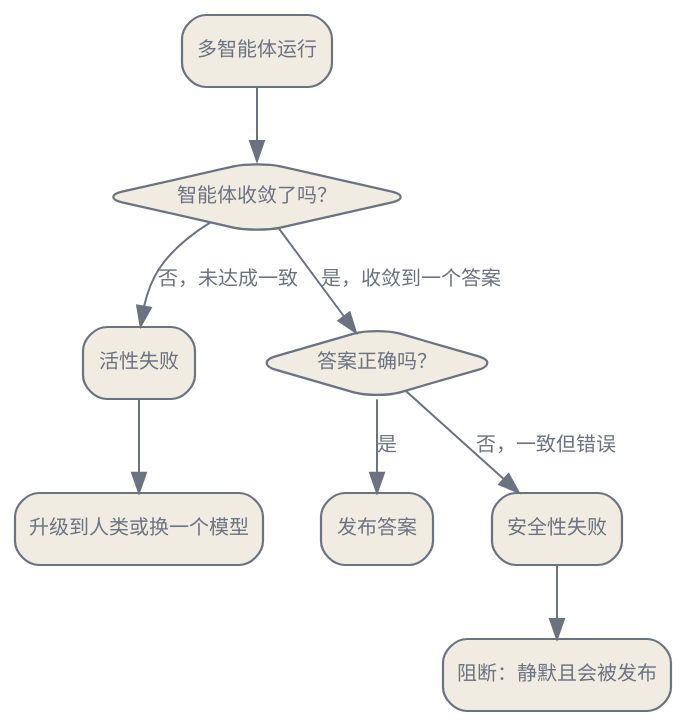
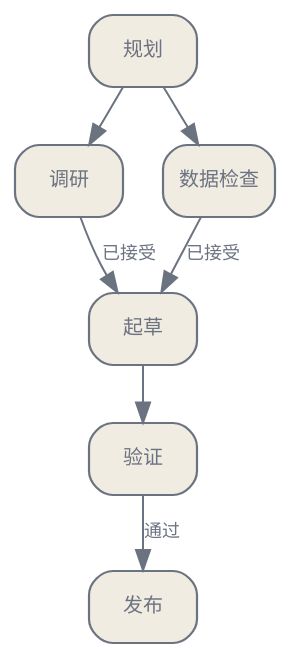
The diagram in zh/orchestration/07-multi-agent-systems.qmd (latere-ai/ai-as-an-infrastructure), drawn with Graphviz before and after one commit. The commit also changed other lines of this file and 2 other files, not shown here.

Commit message:
docs: rewrite Chinese multi-agent systems chapter

````diff
--- a/zh/orchestration/07-multi-agent-systems.qmd
+++ b/zh/orchestration/07-multi-agent-systems.qmd
@@ -129,26 +55,21 @@
 ```{dot}
-//| label: fig-multi-agent-liveness-safety
-//| fig-cap: "把活性与安全性分开。活性失败，即智能体无法收敛，是吵闹且可恢复的，系统会把它升级。安全性失败，即智能体收敛到错误答案，是静默的，除非被阻断否则会发布出去。把两者合并为一个准确率会优化错误的轴。"
+//| label: fig-multi-agent-task-graph
+//| fig-cap: "任务图能够显式呈现真正可并行的工作和结果接受边界。调研与数据检查可以同时进行；起草阶段汇合两者已经接受的工件；验证通过后才能发布。"
 digraph {
   bgcolor="transparent";
   rankdir=TB;
-  nodesep=0.4; ranksep=0.5;
+  nodesep=0.28; ranksep=0.38;
   node [shape=box, style="rounded,filled", fontname="Helvetica", fontsize=10, color="#6b7280", fontcolor="#6b7280", fillcolor="#f1ece1", penwidth=1.1];
-  edge [fontsize=10, fontname="Helvetica", color="#6b7280", fontcolor="#6b7280"];
-  R [label="多智能体运行"];
-  Q [label="智能体收敛了吗？", shape=diamond];
-  L [label="活性失败"];
-  S [label="答案正确吗？", shape=diamond];
-  OK [label="发布答案"];
-  F [label="安全性失败"];
-  ESC [label="升级到人类或换一个模型"];
-  BLK [label="阻断：静默且会被发布"];
-  R -> Q;
-  Q -> L [label="否，未达成一致"];
-  Q -> S [label="是，收敛到一个答案"];
-  S -> OK [label="是"];
-  S -> F [label="否，一致但错误"];
-  L -> ESC;
-  F -> BLK;
+  edge [fontsize=9, fontname="Helvetica", color="#6b7280", fontcolor="#6b7280"];
+  P [label="规划"];
+  R [label="调研"];
+  D [label="数据检查"];
+  W [label="起草"];
+  V [label="验证"];
+  O [label="发布"];
+  P -> R; P -> D;
+  R -> W [label="已接受"];
+  D -> W [label="已接受"];
+  W -> V; V -> O [label="通过"];
 }
 ```
````
